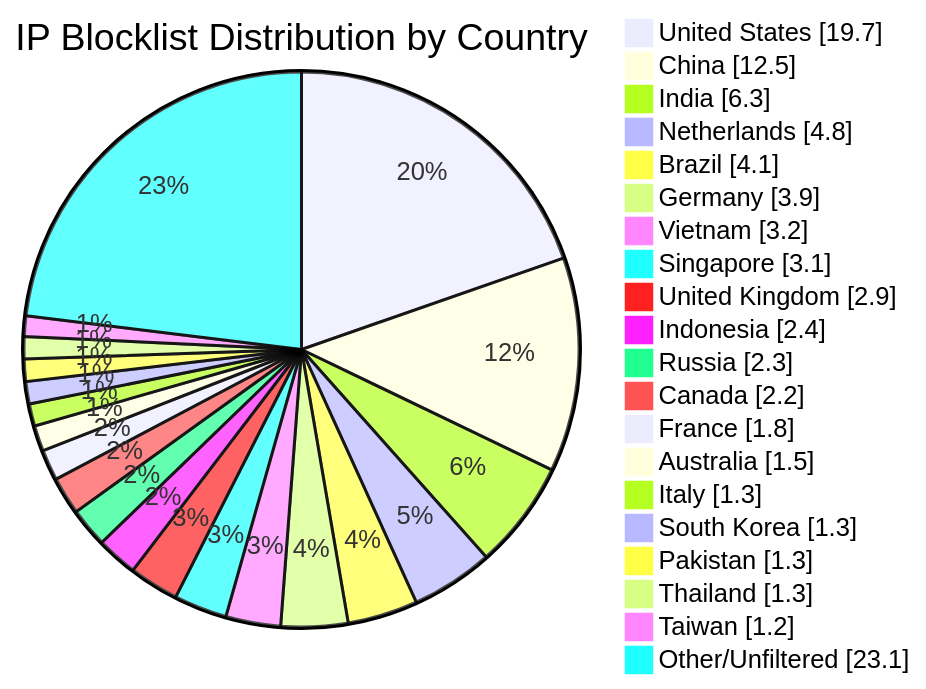
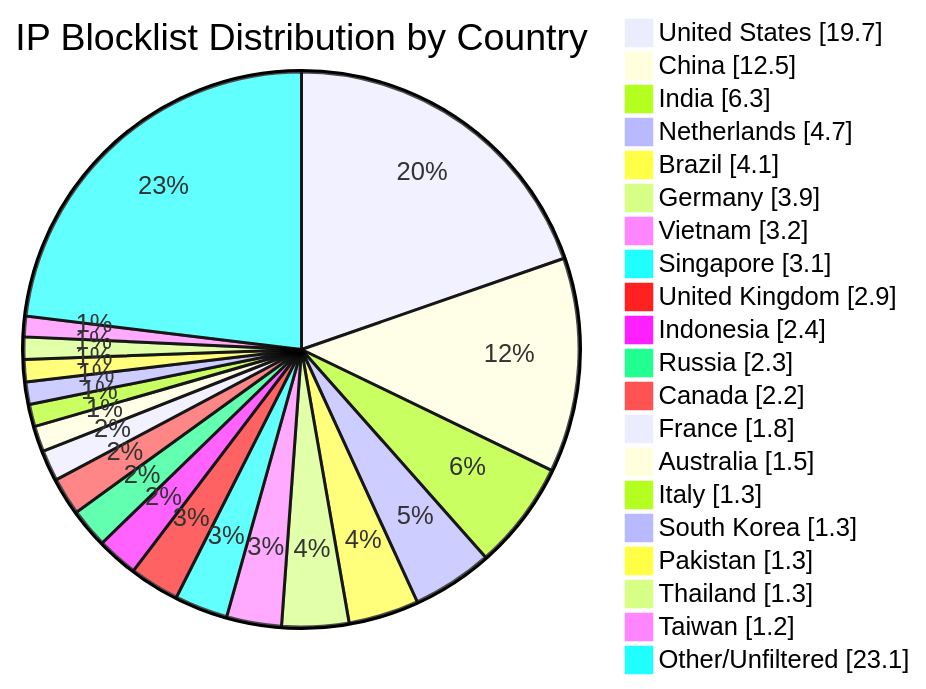
The diagram in README.md (dewdmadbro/ip-blocklist-dewd), drawn with Mermaid before and after one commit. The commit also changed other lines of this file and 53 other files, not shown here.

````diff
--- a/README.md
+++ b/README.md
@@ -34,23 +34,23 @@
 ```mermaid
 pie showData title IP Blocklist Distribution by Country
 "United States" : 19.7
 "China" : 12.5
 "India" : 6.3
-"Netherlands" : 4.8
+"Netherlands" : 4.7
 "Brazil" : 4.1
 "Germany" : 3.9
 "Vietnam" : 3.2
 "Singapore" : 3.1
 "United Kingdom" : 2.9
 "Indonesia" : 2.4
 "Russia" : 2.3
 "Canada" : 2.2
 "France" : 1.8
 "Australia" : 1.5
 "Italy" : 1.3
 "South Korea" : 1.3
 "Pakistan" : 1.3
 "Thailand" : 1.3
 "Taiwan" : 1.2
 "Other/Unfiltered" : 23.1
 ```
````
